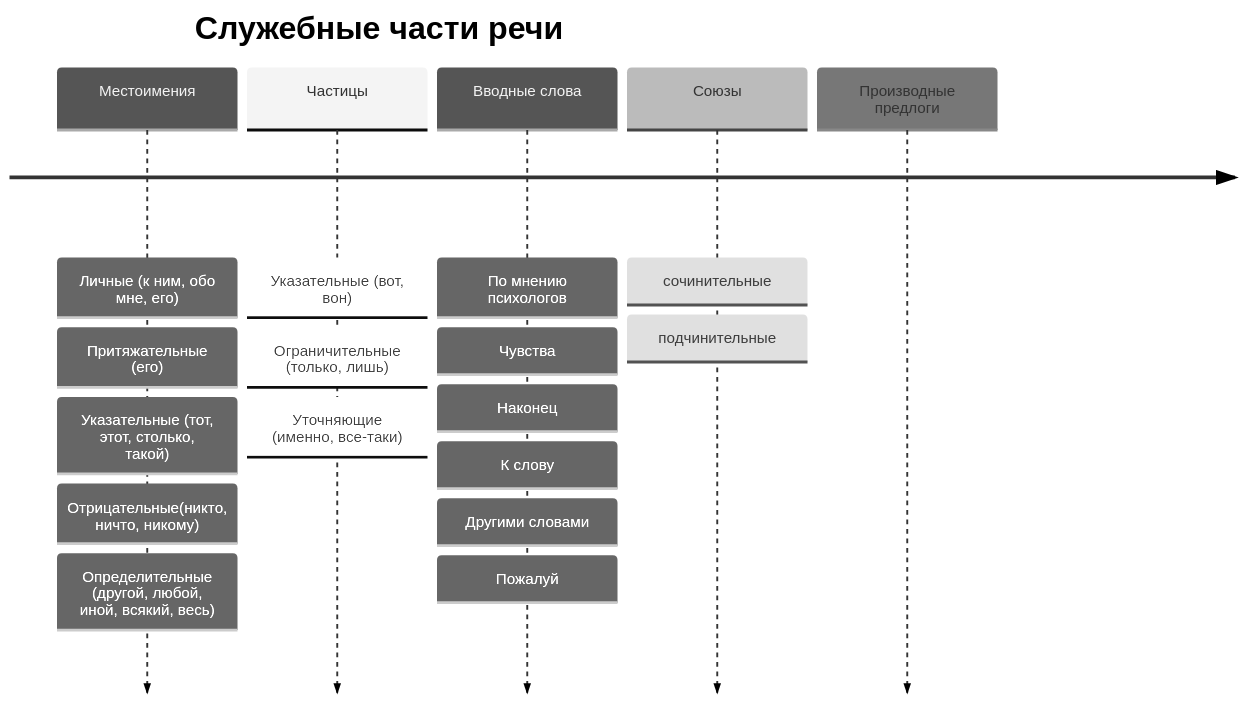
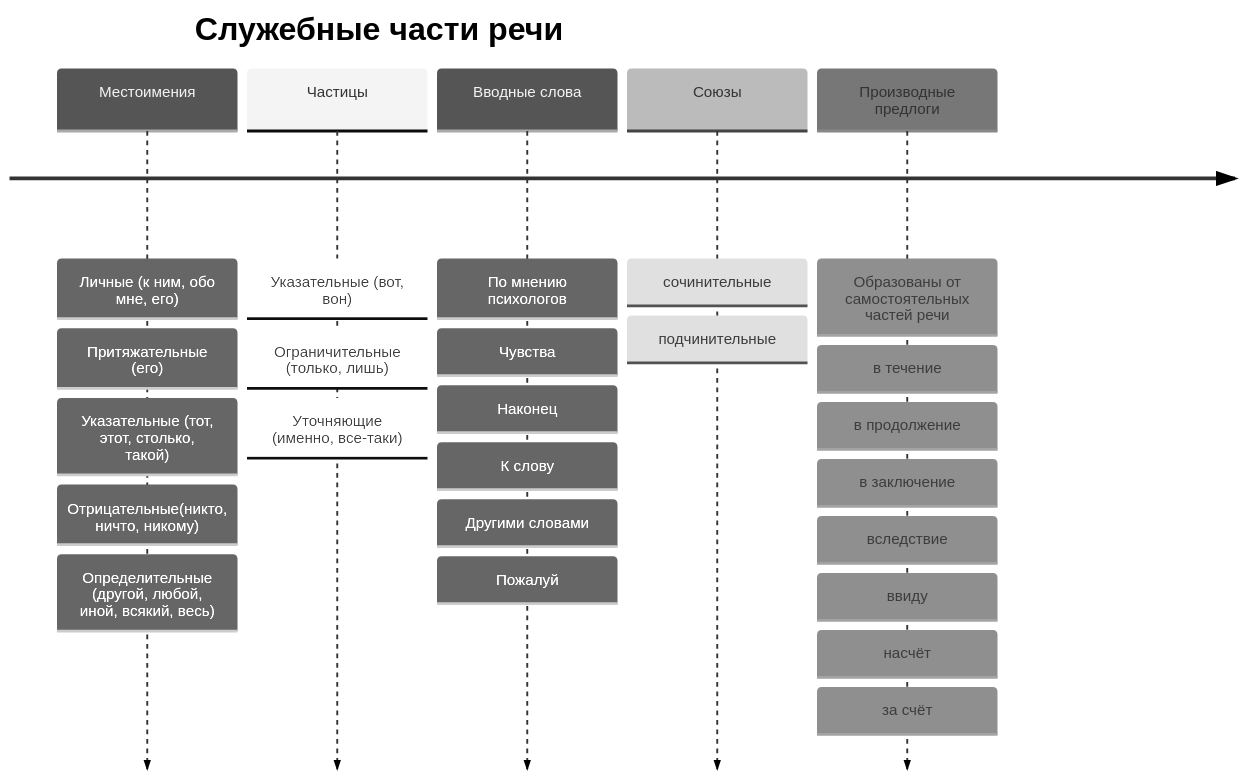
Before and after one commit to vdnrobo/russianEGE: the diagram in materials/01-03/01.md, drawn with Mermaid (neutral theme).

Commit message:
Add derived prepositions to 01.md

````diff
--- a/materials/01-03/01.md
+++ b/materials/01-03/01.md
@@ -3,21 +3,29 @@
 ```mermaid
 timeline
     title Служебные части речи
     Местоимения: Личные (к ним, обо мне, его)
                : Притяжательные (его)
                : Указательные (тот, этот, столько, такой)
                : Отрицательные(никто, ничто, никому)
                : Определительные (другой, любой, иной, всякий, весь)
     Частицы: Указательные (вот, вон)
            : Ограничительные (только, лишь)
            : Уточняющие (именно, все-таки)
     Вводные слова: По мнению психологов
                  : Чувства
                  : Наконец 
                  : К слову
                  : Другими словами
                  : Пожалуй
     Союзы: сочинительные
          : подчинительные
     Производные предлоги
+         : Образованы от самостоятельных частей речи
+         : в течение
+         : в продолжение
+         : в заключение
+         : вследствие
+         : ввиду
+         : насчёт
+         : за счёт
 ```
````
